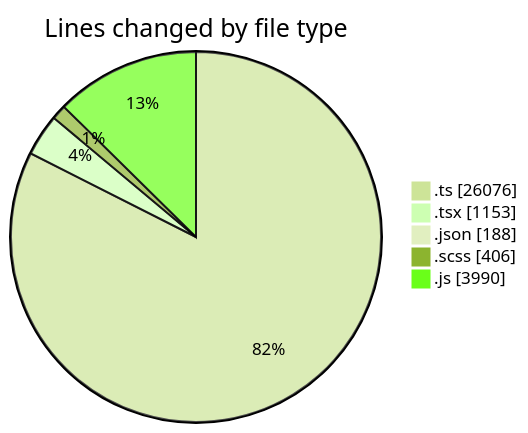
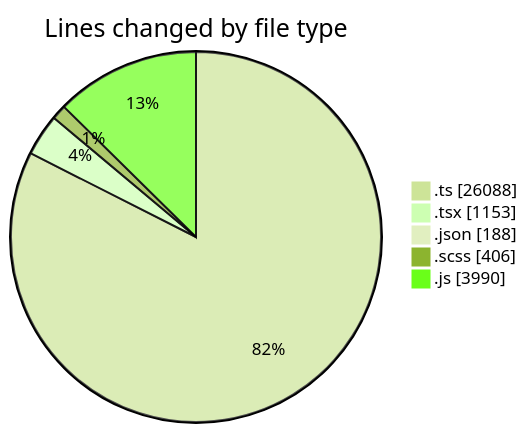
One commit to momahboobian/code-tracking changed the first of 2 diagrams in 2026-05-07/cda/README.md. Above: the diagram before and after it, drawn with Mermaid (forest theme). The commit also changed other lines of this file and 1 other file, not shown here.

````diff
--- a/2026-05-07/cda/README.md
+++ b/2026-05-07/cda/README.md
@@ -44,9 +44,9 @@
 ```mermaid
 pie showData
 title Lines changed by file type
-".ts" : 26076
+".ts" : 26088
 ".tsx" : 1153
 ".json" : 188
 ".scss" : 406
 ".js" : 3990
 ```
````
